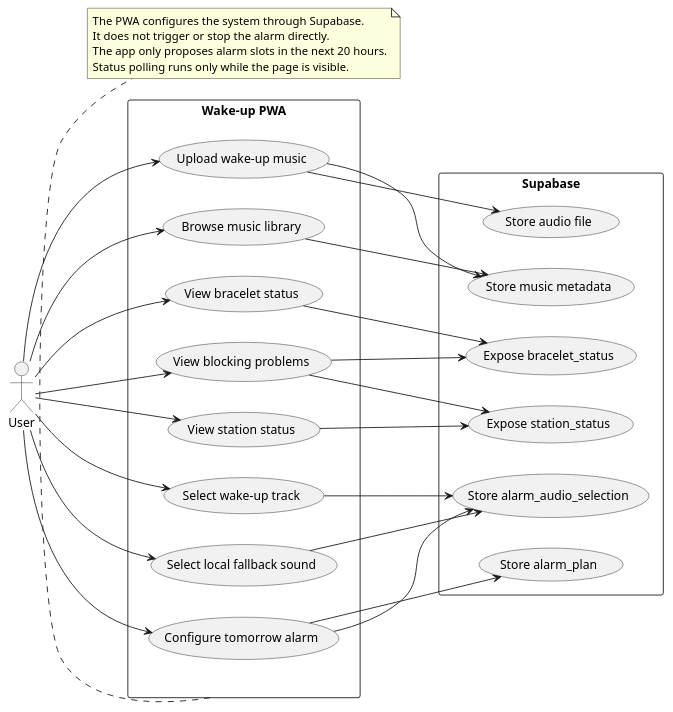
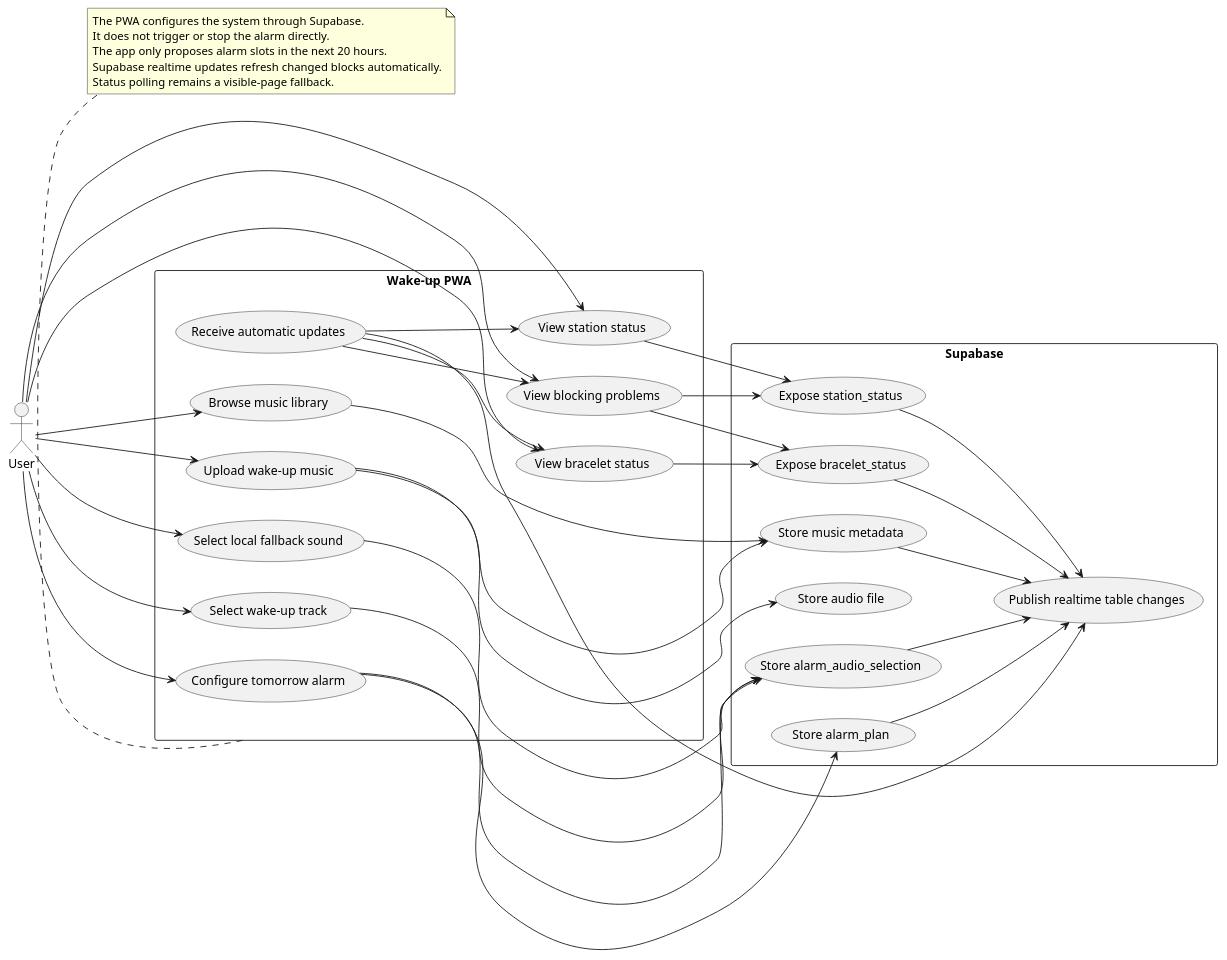
The diagram in code/app mobile/UML/use_cases.puml (Jzn-wbr/Starter), drawn with PlantUML before and after one commit. The commit also changed 16 other files, not shown here.

```diff
--- a/code/app mobile/UML/use_cases.puml
+++ b/code/app mobile/UML/use_cases.puml
@@ -1,56 +1,68 @@
 @startuml
 left to right direction
 skinparam packageStyle rectangle
 skinparam shadowing false
 
 actor "User" as User
 
 rectangle "Wake-up PWA" {
   usecase "Upload wake-up music" as UploadMusic
   usecase "Browse music library" as BrowseMusic
   usecase "Select wake-up track" as SelectTrack
   usecase "Select local fallback sound" as SelectFallback
   usecase "Configure tomorrow alarm" as ConfigureAlarm
   usecase "View station status" as ViewStationStatus
   usecase "View bracelet status" as ViewBraceletStatus
   usecase "View blocking problems" as ViewProblems
+  usecase "Receive automatic updates" as ReceiveUpdates
 }
 
 rectangle "Supabase" {
   usecase "Store audio file" as StoreAudio
   usecase "Store music metadata" as StoreMusicMetadata
   usecase "Store alarm_plan" as StoreAlarmPlan
   usecase "Store alarm_audio_selection" as StoreAlarmAudio
   usecase "Expose station_status" as ExposeStationStatus
   usecase "Expose bracelet_status" as ExposeBraceletStatus
+  usecase "Publish realtime table changes" as PublishRealtime
 }
 
 User --> UploadMusic
 User --> BrowseMusic
 User --> SelectTrack
 User --> SelectFallback
 User --> ConfigureAlarm
 User --> ViewStationStatus
 User --> ViewBraceletStatus
 User --> ViewProblems
+ReceiveUpdates --> ViewStationStatus
+ReceiveUpdates --> ViewBraceletStatus
+ReceiveUpdates --> ViewProblems
 
 UploadMusic --> StoreAudio
 UploadMusic --> StoreMusicMetadata
 BrowseMusic --> StoreMusicMetadata
 SelectTrack --> StoreAlarmAudio
 SelectFallback --> StoreAlarmAudio
 ConfigureAlarm --> StoreAlarmPlan
 ConfigureAlarm --> StoreAlarmAudio
 ViewStationStatus --> ExposeStationStatus
 ViewBraceletStatus --> ExposeBraceletStatus
 ViewProblems --> ExposeStationStatus
 ViewProblems --> ExposeBraceletStatus
+ExposeStationStatus --> PublishRealtime
+ExposeBraceletStatus --> PublishRealtime
+StoreAlarmPlan --> PublishRealtime
+StoreAlarmAudio --> PublishRealtime
+StoreMusicMetadata --> PublishRealtime
+ReceiveUpdates --> PublishRealtime
 
 note bottom of "Wake-up PWA"
   The PWA configures the system through Supabase.
   It does not trigger or stop the alarm directly.
   The app only proposes alarm slots in the next 20 hours.
-  Status polling runs only while the page is visible.
+  Supabase realtime updates refresh changed blocks automatically.
+  Status polling remains a visible-page fallback.
 end note
 
 @enduml
```
